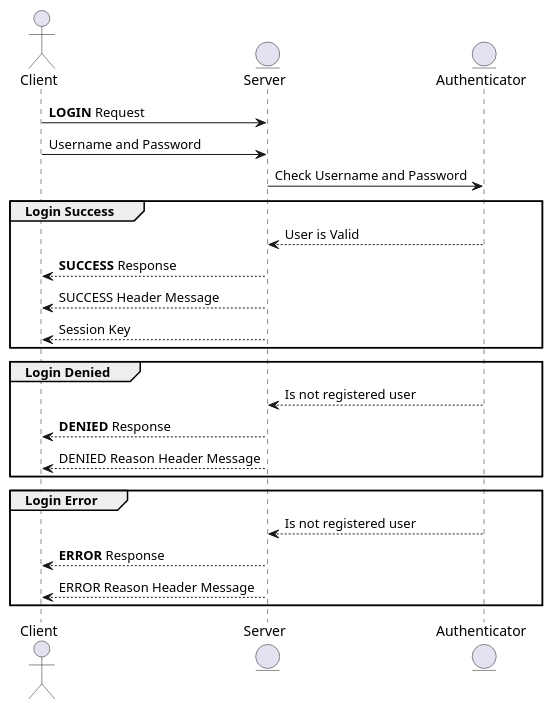
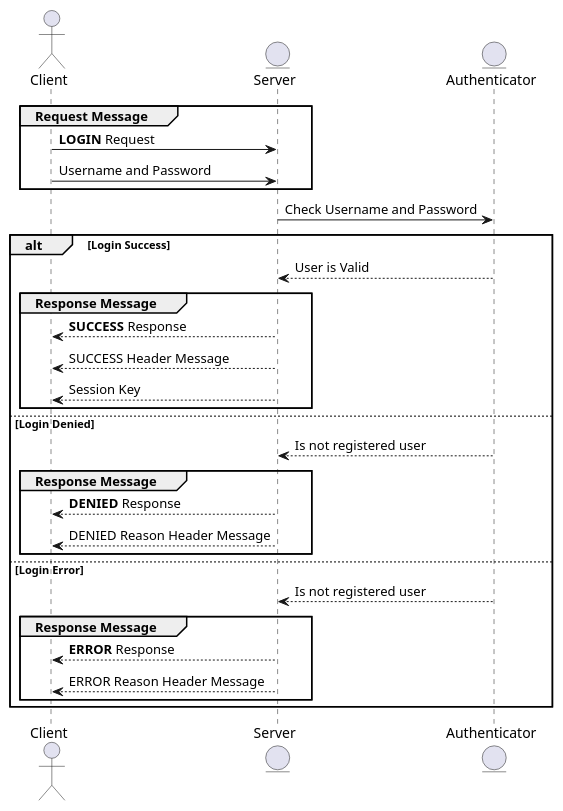
The diagram in diagrams/login_sequence.puml (mdgriffin/distributed-computing-project), drawn with PlantUML before and after one commit. The commit also changed 4 other files, not shown here.

```diff
--- a/diagrams/login_sequence.puml
+++ b/diagrams/login_sequence.puml
@@ -1,29 +1,36 @@
 @startuml
 actor Client
 entity Server
 entity Authenticator
 
-Client -> Server: **LOGIN** Request
-Client -> Server: Username and Password
+group Request Message
+    Client -> Server: **LOGIN** Request
+    Client -> Server: Username and Password
+end
 
 Server -> Authenticator: Check Username and Password
 
-group Login Success
+alt Login Success
     Authenticator --> Server: User is Valid
-    Server --> Client: **SUCCESS** Response
-    Server --> Client: SUCCESS Header Message
-    Server --> Client: Session Key
-end
+    group Response Message
+        Server --> Client: **SUCCESS** Response
+        Server --> Client: SUCCESS Header Message
+        Server --> Client: Session Key
+    end
 
-group Login Denied
+else Login Denied
     Authenticator --> Server: Is not registered user
-    Server --> Client: **DENIED** Response
-    Server --> Client: DENIED Reason Header Message
-end
 
-group Login Error
+    group Response Message
+        Server --> Client: **DENIED** Response
+        Server --> Client: DENIED Reason Header Message
+    end
+
+else Login Error
     Authenticator --> Server: Is not registered user
-    Server --> Client: **ERROR** Response
-    Server --> Client: ERROR Reason Header Message
+    group Response Message
+        Server --> Client: **ERROR** Response
+        Server --> Client: ERROR Reason Header Message
+    end
 end
 @enduml
```
